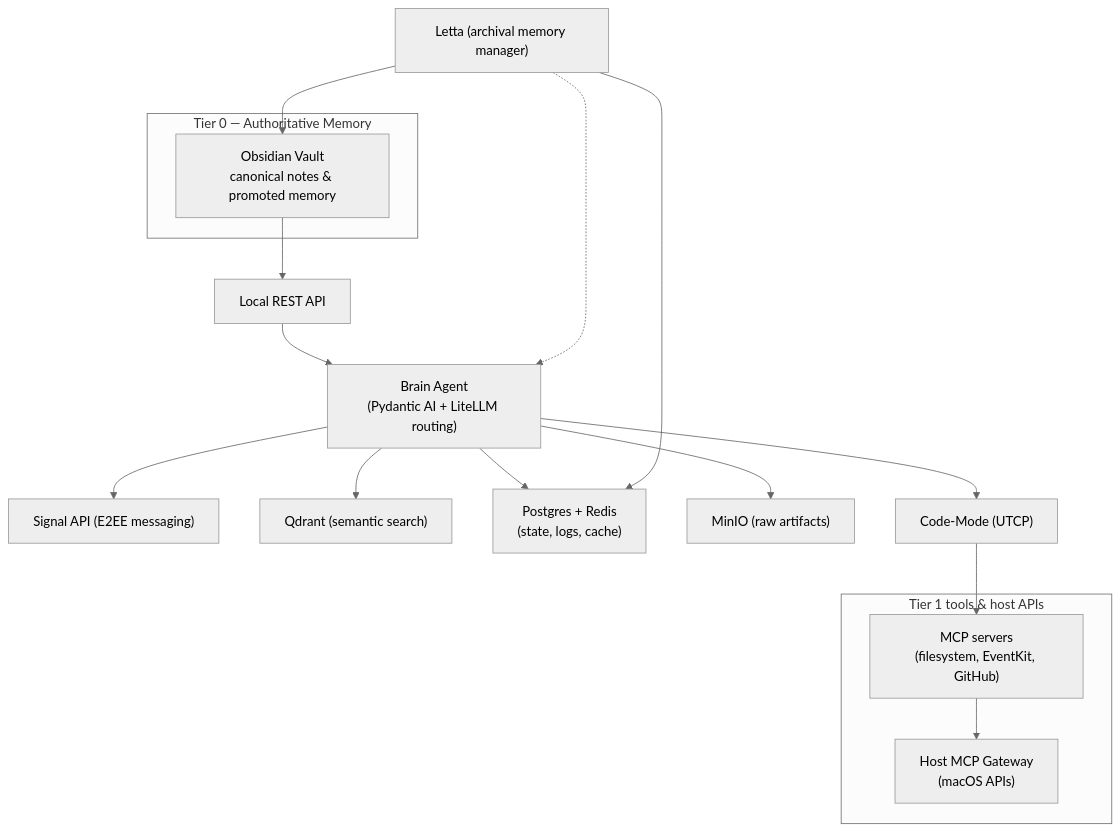
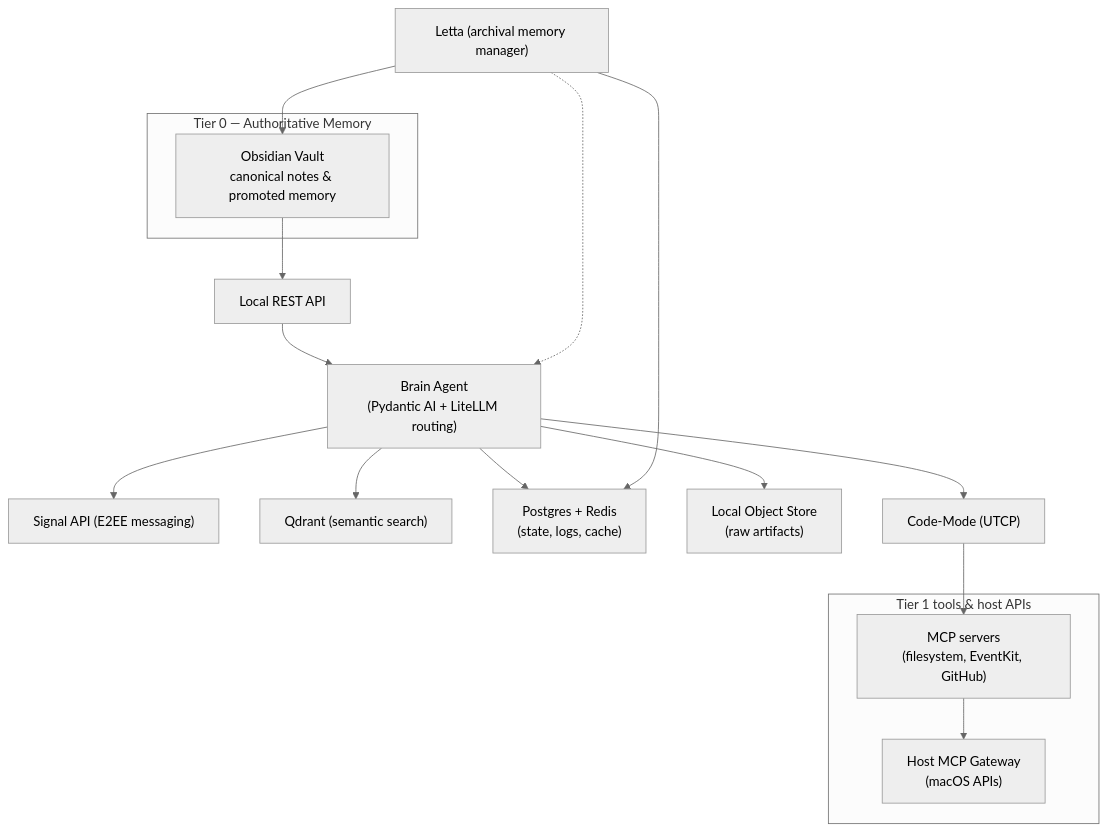
The diagram in README.md (cmtonkinson/brain), drawn with Mermaid (neutral theme) before and after one commit. The commit also changed other lines of this file and 18 other files, not shown here.

Commit message:
Add local object store API

````diff
--- a/README.md
+++ b/README.md
@@ -59,27 +58,27 @@
 ```mermaid
 flowchart TB
     subgraph Tier0["Tier 0 — Authoritative Memory"]
         Vault["Obsidian Vault<br/>canonical notes & promoted memory"]
     end
     LocalAPI["Local REST API"]
     BrainAgent["Brain Agent<br/>(Pydantic AI + LiteLLM routing)"]
     Signal["Signal API (E2EE messaging)"]
     Qdrant["Qdrant (semantic search)"]
     PostgresRedis["Postgres + Redis<br/>(state, logs, cache)"]
-    MinIO["MinIO (raw artifacts)"]
+    ObjectStore["Local Object Store<br/>(raw artifacts)"]
     Letta["Letta (archival memory manager)"]
     CodeMode["Code-Mode (UTCP)"]
     subgraph MCP["Tier 1 tools & host APIs"]
         MCPServers["MCP servers<br/>(filesystem, EventKit, GitHub)"]
         HostGateway["Host MCP Gateway<br/>(macOS APIs)"]
     end
     Vault --> LocalAPI --> BrainAgent
     BrainAgent --> Signal
     BrainAgent --> Qdrant
     BrainAgent --> PostgresRedis
-    BrainAgent --> MinIO
+    BrainAgent --> ObjectStore
     BrainAgent --> CodeMode --> MCPServers --> HostGateway
     Letta -.-> BrainAgent
     Letta --> Vault
     Letta --> PostgresRedis
 ```
````
